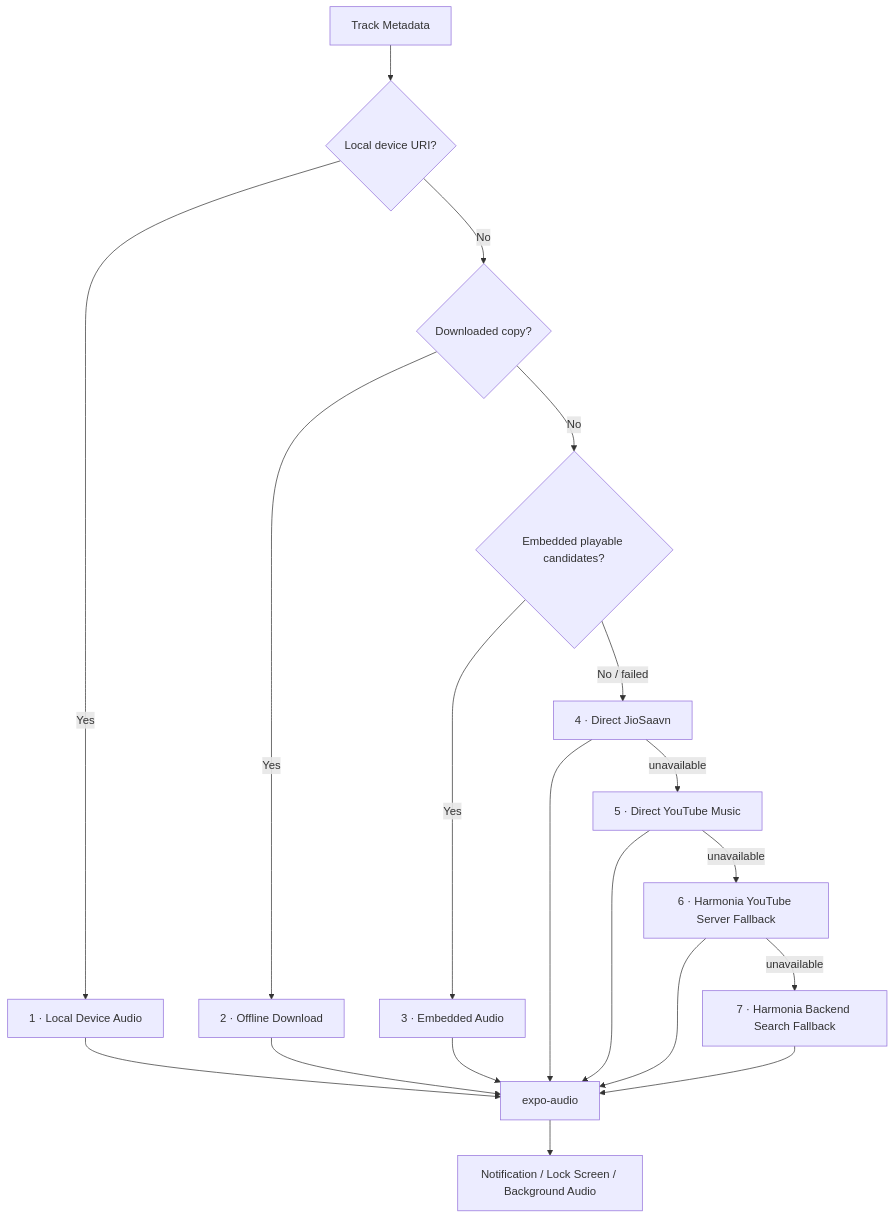
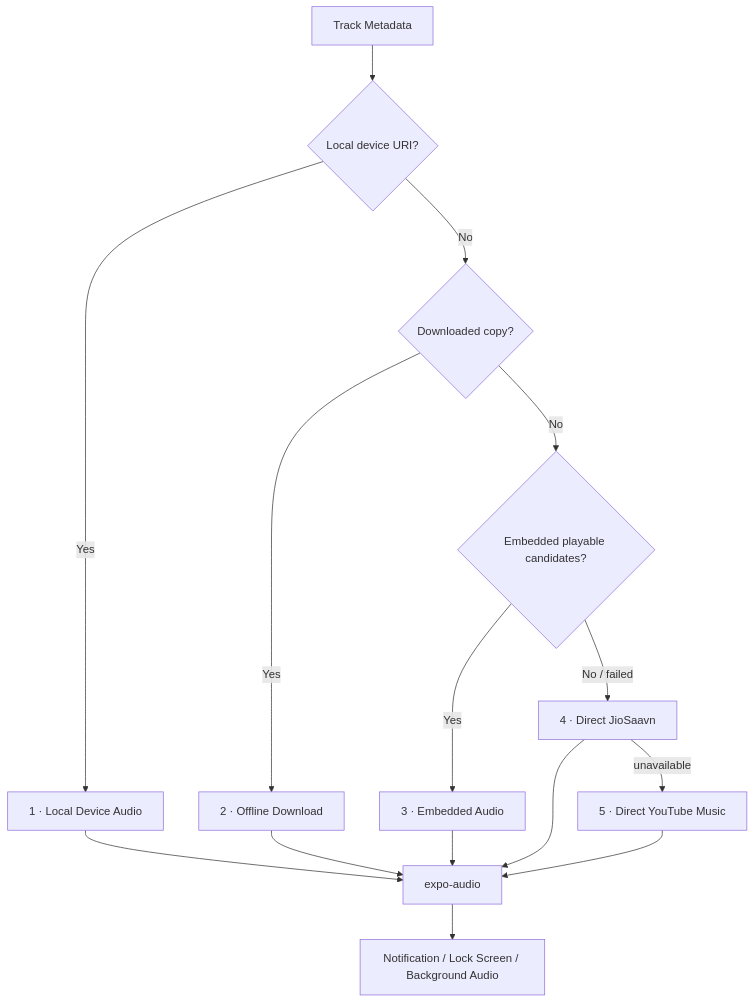
One commit to shreeharsh-patil/Harmonia-mobile changed the second of 4 diagrams in README.md. Above: the diagram before and after it, drawn with Mermaid. The commit also changed other lines of this file and 3 other files, not shown here.

````diff
--- a/README.md
+++ b/README.md
@@ -165,23 +164,19 @@
 ```mermaid
 flowchart TD
     TRACK["Track Metadata"] --> LOCALQ{"Local device URI?"}
     LOCALQ -- Yes --> LOCAL["1 · Local Device Audio"]
     LOCALQ -- No --> OFFQ{"Downloaded copy?"}
     OFFQ -- Yes --> OFF["2 · Offline Download"]
     OFFQ -- No --> EMBQ{"Embedded playable candidates?"}
     EMBQ -- Yes --> EMB["3 · Embedded Audio"]
     EMBQ -- No / failed --> SAAVN["4 · Direct JioSaavn"]
     SAAVN -- unavailable --> YTM["5 · Direct YouTube Music"]
-    YTM -- unavailable --> YTS["6 · Harmonia YouTube Server Fallback"]
-    YTS -- unavailable --> BACK["7 · Harmonia Backend Search Fallback"]
 
     LOCAL --> PLAYER["expo-audio"]
     OFF --> PLAYER
     EMB --> PLAYER
     SAAVN --> PLAYER
     YTM --> PLAYER
-    YTS --> PLAYER
-    BACK --> PLAYER
 
     PLAYER --> MEDIA["Notification / Lock Screen / Background Audio"]
 ```
````
